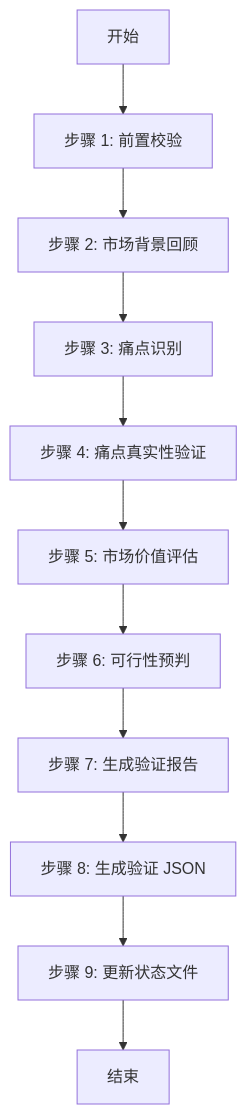
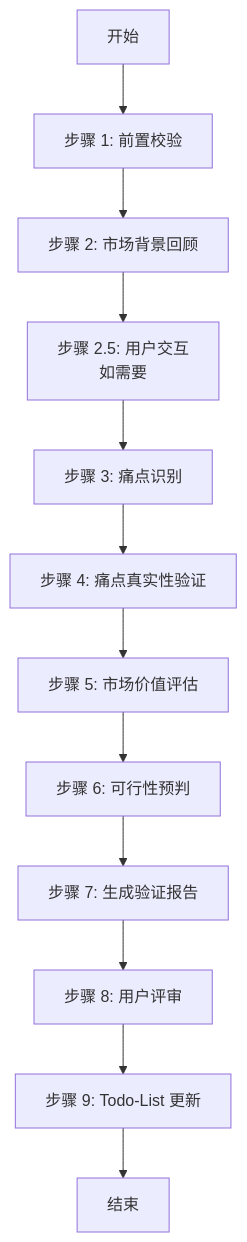
The second of 4 diagrams in skills/s2-market/skill10-market/SKILL.md (HeartFlying/swf), drawn with Mermaid before and after one commit. The commit also changed other lines of this file and 39 other files, not shown here.

````diff
--- a/skills/s2-market/skill10-market/SKILL.md
+++ b/skills/s2-market/skill10-market/SKILL.md
@@ -231,13 +221,14 @@
 ```mermaid
-graph TD
+flowchart TD
     Start[开始] --> Step1[步骤 1: 前置校验]
     Step1 --> Step2[步骤 2: 市场背景回顾]
-    Step2 --> Step3[步骤 3: 痛点识别]
+    Step2 --> Step2_5[步骤 2.5: 用户交互<br/>如需要]
+    Step2_5 --> Step3[步骤 3: 痛点识别]
     Step3 --> Step4[步骤 4: 痛点真实性验证]
     Step4 --> Step5[步骤 5: 市场价值评估]
     Step5 --> Step6[步骤 6: 可行性预判]
     Step6 --> Step7[步骤 7: 生成验证报告]
-    Step7 --> Step8[步骤 8: 生成验证 JSON]
-    Step8 --> Step9[步骤 9: 更新状态文件]
+    Step7 --> Step8[步骤 8: 用户评审]
+    Step8 --> Step9[步骤 9: Todo-List 更新]
     Step9 --> End[结束]
 ```
````
